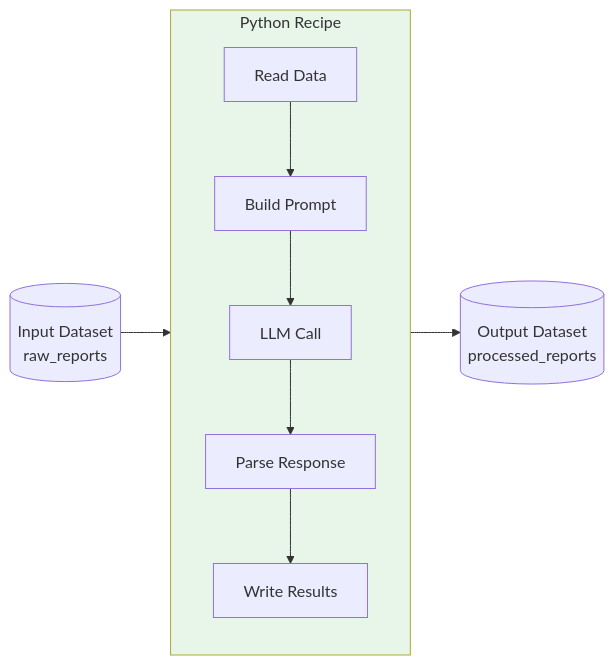
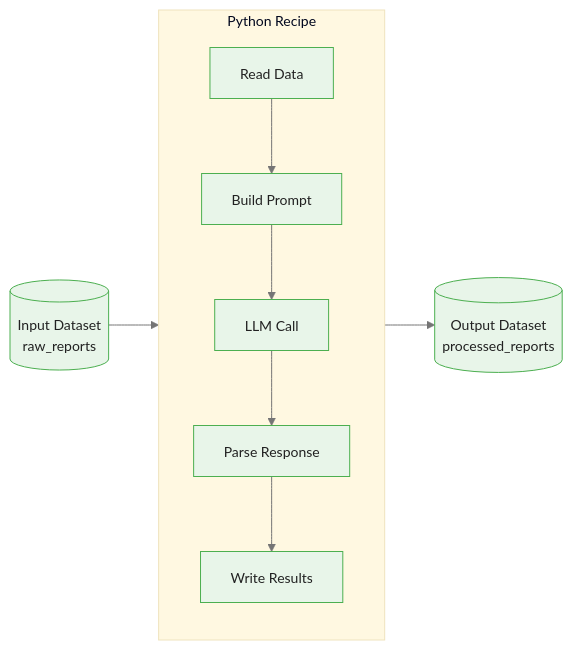
One commit to m-deane/course-creator changed the first of 4 diagrams in courses/dataiku-genai/modules/module_03_custom/guides/01_python_recipes_slides.md. Above: the diagram before and after it, drawn with Mermaid. The commit also changed other lines of this file and 54 other files, not shown here.

````diff
--- a/courses/dataiku-genai/modules/module_03_custom/guides/01_python_recipes_slides.md
+++ b/courses/dataiku-genai/modules/module_03_custom/guides/01_python_recipes_slides.md
@@ -64,14 +64,13 @@
 ```mermaid
+%%{init: {"theme": "base", "themeVariables": {"primaryColor": "#e8f5e9", "primaryBorderColor": "#4caf50", "primaryTextColor": "#212121", "secondaryColor": "#e3f2fd", "tertiaryColor": "#fff8e1", "lineColor": "#757575", "fontFamily": "Inter, sans-serif", "fontSize": "14px"}}}%%
 flowchart LR
     IN[(Input Dataset<br/>raw_reports)] --> RECIPE[Python Recipe<br/>LLM Processing]
     RECIPE --> OUT[(Output Dataset<br/>processed_reports)]
 
     subgraph RECIPE[Python Recipe]
         READ[Read Data] --> PROMPT[Build Prompt]
         PROMPT --> LLM[LLM Call]
         LLM --> PARSE[Parse Response]
         PARSE --> WRITE[Write Results]
     end
-
-    style RECIPE fill:#e8f5e9
 ```
````
